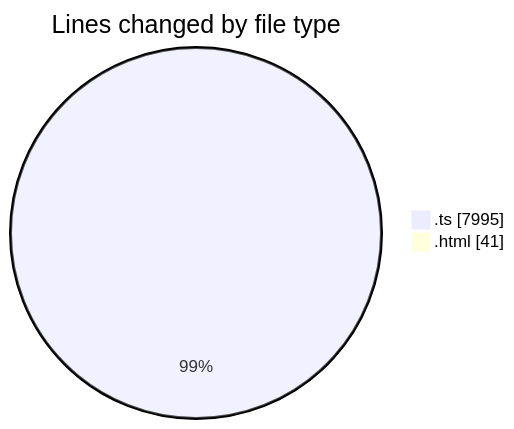
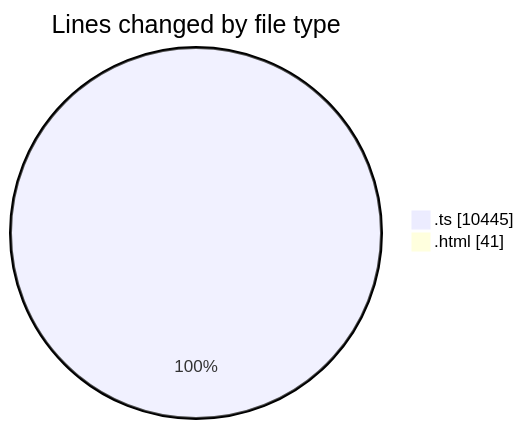
Before and after one commit to tmsrecording-cyber/code-tracking: the first of 2 diagrams in 2026-02-08/singularitybrainai/README.md, drawn with Mermaid. The commit also changed other lines of this file and 1 other file, not shown here.

````diff
--- a/2026-02-08/singularitybrainai/README.md
+++ b/2026-02-08/singularitybrainai/README.md
@@ -35,6 +36,6 @@
 ```mermaid
 pie showData
 title Lines changed by file type
-".ts" : 7995
+".ts" : 10445
 ".html" : 41
 ```
````
